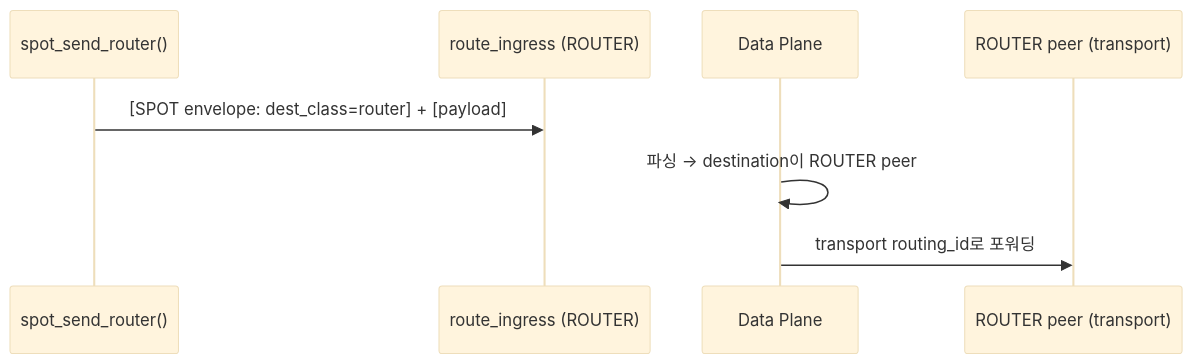
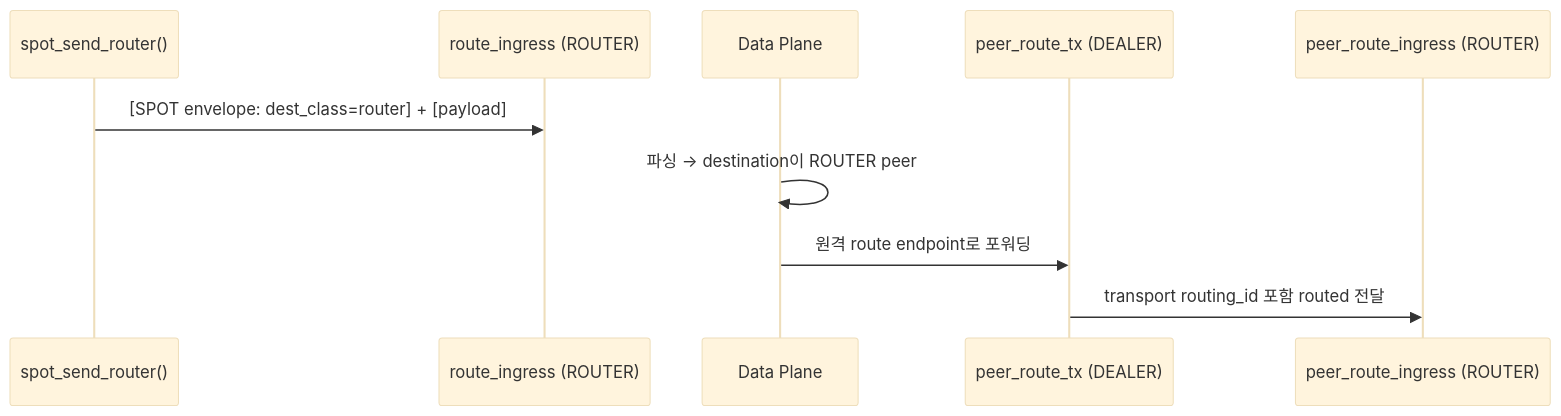
One commit to kairos-code-dev/zlink changed the tenth of 15 diagrams in doc/internals/spot-internals.ko.md. Above: the diagram before and after it, drawn with Mermaid (base theme). The commit also changed other lines of this file and 225 other files, not shown here.

````diff
--- a/doc/internals/spot-internals.ko.md
+++ b/doc/internals/spot-internals.ko.md
@@ -300,11 +390,13 @@
 ```mermaid
 sequenceDiagram
     participant Spot as spot_send_router()
     participant RouteIn as route_ingress (ROUTER)
     participant DP as Data Plane
-    participant Peer as ROUTER peer (transport)
+    participant PeerTx as peer_route_tx (DEALER)
+    participant PeerIn as peer_route_ingress (ROUTER)
 
     Spot->>RouteIn: [SPOT envelope: dest_class=router] + [payload]
     DP->>DP: 파싱 → destination이 ROUTER peer
-    DP->>Peer: transport routing_id로 포워딩
+    DP->>PeerTx: 원격 route endpoint로 포워딩
+    PeerTx->>PeerIn: transport routing_id 포함 routed 전달
 ```
````
